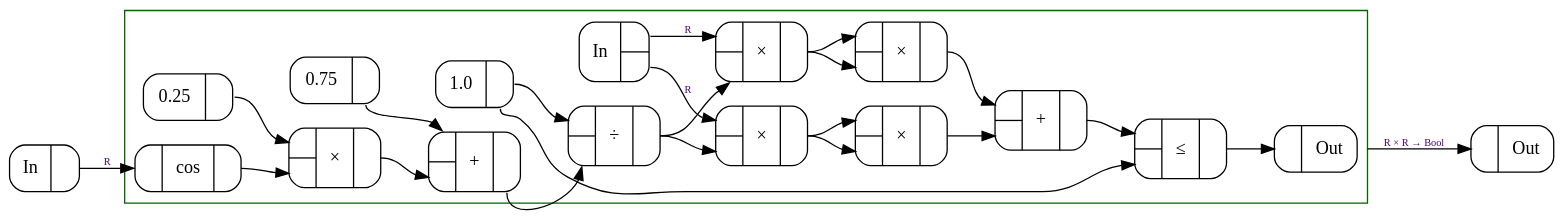
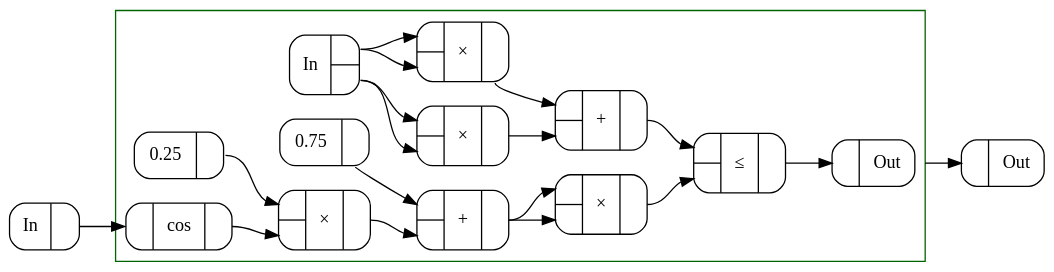
Before and after one commit to conal/2017-talk-teaching-new-tricks-to-old-programs: the diagram in Figures/wobbly-disk.dot, drawn with Graphviz.

Commit message:
changed def

```diff
--- a/Figures/wobbly-disk.dot
+++ b/Figures/wobbly-disk.dot
@@ -1,53 +1,46 @@
-digraph wobbly_disk {
+digraph wobbly_diskp {
   margin=0
   compound=true
   rankdir=LR
   node [shape=Mrecord]
   edge [fontsize=8,fontcolor=indigo]
   bgcolor=transparent
   nslimit=20
   subgraph clusterc0 { label=""; color=white; margin=0; c0 [label="{In|{<Out0>}}"] }
-  subgraph clusterc17 { label=""; color=white; margin=0; c17 [label="{{<In0>}|Out}"] }
-  subgraph cluster_16 {
+  subgraph clusterc14 { label=""; color=white; margin=0; c14 [label="{{<In0>}|Out}"] }
+  subgraph cluster_13 {
     margin=8
     fontsize=20
     labeljust=r
     color=DarkGreen
-    c9 [label="{{<In0>|<In1>}|\×|{<Out0>}}"]
-    c11 [label="{{<In0>|<In1>}|\×|{<Out0>}}"]
-    c6 [label="{{<In0>|<In1>}|\×|{<Out0>}}"]
+    c2 [label="{{<In0>|<In1>}|\×|{<Out0>}}"]
+    c3 [label="{{<In0>|<In1>}|\×|{<Out0>}}"]
+    c8 [label="{{<In0>|<In1>}|\×|{<Out0>}}"]
     c10 [label="{{<In0>|<In1>}|\×|{<Out0>}}"]
-    c12 [label="{{<In0>|<In1>}|\×|{<Out0>}}"]
-    c7 [label="{{<In0>|<In1>}|+|{<Out0>}}"]
-    c13 [label="{{<In0>|<In1>}|+|{<Out0>}}"]
-    c8 [label="{{<In0>|<In1>}|\÷|{<Out0>}}"]
-    c4 [label="{0.25|{<Out0>}}"]
-    c3 [label="{0.75|{<Out0>}}"]
-    c2 [label="{1.0|{<Out0>}}"]
-    c14 [label="{{<In0>|<In1>}|\≤|{<Out0>}}"]
+    c4 [label="{{<In0>|<In1>}|+|{<Out0>}}"]
+    c9 [label="{{<In0>|<In1>}|+|{<Out0>}}"]
+    c6 [label="{0.25|{<Out0>}}"]
+    c5 [label="{0.75|{<Out0>}}"]
+    c11 [label="{{<In0>|<In1>}|\≤|{<Out0>}}"]
     c1 [label="{In|{<Out0>|<Out1>}}"]
-    c15 [label="{{<In0>}|Out}"]
-    c5 [label="{{<In0>}|cos|{<Out0>}}"]
-    c1:Out0 -> c9:In0 [label="R"]
-    c8:Out0 -> c9:In1 [llabel="R"]
-    c1:Out1 -> c11:In0 [label="R"]
-    c8:Out0 -> c11:In1 [llabel="R"]
-    c4:Out0 -> c6:In0 [llabel="R"]
-    c5:Out0 -> c6:In1 [llabel="R"]
-    c9:Out0 -> c10:In0 [llabel="R"]
-    c9:Out0 -> c10:In1 [llabel="R"]
-    c11:Out0 -> c12:In0 [llabel="R"]
-    c11:Out0 -> c12:In1 [llabel="R"]
-    c3:Out0 -> c7:In0 [llabel="R"]
-    c6:Out0 -> c7:In1 [llabel="R"]
-    c10:Out0 -> c13:In0 [llabel="R"]
-    c12:Out0 -> c13:In1 [llabel="R"]
-    c2:Out0 -> c8:In0 [llabel="R"]
-    c7:Out0 -> c8:In1 [llabel="R"]
-    c13:Out0 -> c14:In0 [llabel="R"]
-    c2:Out0 -> c14:In1 [llabel="R"]
-    c14:Out0 -> c15:In0 [llabel="Bool"]
-    c0:Out0 -> c5:In0 [label="R"]
+    c12 [label="{{<In0>}|Out}"]
+    c7 [label="{{<In0>}|cos|{<Out0>}}"]
+    c1:Out0 -> c2:In0 [llabel="Double"]
+    c1:Out0 -> c2:In1 [llabel="Double"]
+    c1:Out1 -> c3:In0 [llabel="Double"]
+    c1:Out1 -> c3:In1 [llabel="Double"]
+    c6:Out0 -> c8:In0 [llabel="Double"]
+    c7:Out0 -> c8:In1 [llabel="Double"]
+    c9:Out0 -> c10:In0 [llabel="Double"]
+    c9:Out0 -> c10:In1 [llabel="Double"]
+    c2:Out0 -> c4:In0 [llabel="Double"]
+    c3:Out0 -> c4:In1 [llabel="Double"]
+    c5:Out0 -> c9:In0 [llabel="Double"]
+    c8:Out0 -> c9:In1 [llabel="Double"]
+    c4:Out0 -> c11:In0 [llabel="Double"]
+    c10:Out0 -> c11:In1 [llabel="Double"]
+    c11:Out0 -> c12:In0 [llabel="Bool"]
+    c0:Out0 -> c7:In0 [llabel="Double"]
   }
-  c15 -> c17:In0 [ltail=cluster_16,label="R × R → Bool"]
+  c12 -> c14:In0 [ltail=cluster_13,llabel="Double × Double → Bool"]
 }
```
